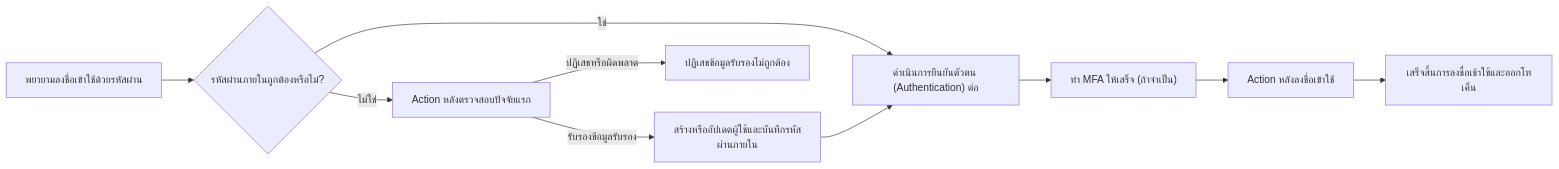
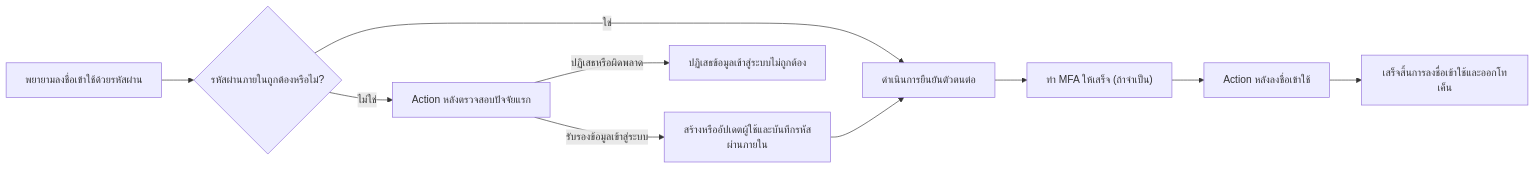
Before and after one commit to logto-io/docs: the diagram in i18n/th/docusaurus-plugin-content-docs/current/developers/actions/README.mdx, drawn with Mermaid. The commit also changed other lines of this file and 26 other files, not shown here.

````diff
--- a/i18n/th/docusaurus-plugin-content-docs/current/developers/actions/README.mdx
+++ b/i18n/th/docusaurus-plugin-content-docs/current/developers/actions/README.mdx
@@ -29,12 +29,12 @@
 ```mermaid
 flowchart LR
   A["พยายามลงชื่อเข้าใช้ด้วยรหัสผ่าน"] --> B{"รหัสผ่านภายในถูกต้องหรือไม่?"}
-  B -->|"ใช่"| E["ดำเนินการยืนยันตัวตน (Authentication) ต่อ"]
+  B -->|"ใช่"| E["ดำเนินการยืนยันตัวตนต่อ"]
   B -->|"ไม่ใช่"| C["Action หลังตรวจสอบปัจจัยแรก"]
-  C -->|"รับรองข้อมูลรับรอง"| D["สร้างหรืออัปเดตผู้ใช้และบันทึกรหัสผ่านภายใน"]
-  C -->|"ปฏิเสธหรือผิดพลาด"| X["ปฏิเสธข้อมูลรับรองไม่ถูกต้อง"]
+  C -->|"รับรองข้อมูลเข้าสู่ระบบ"| D["สร้างหรืออัปเดตผู้ใช้และบันทึกรหัสผ่านภายใน"]
+  C -->|"ปฏิเสธหรือผิดพลาด"| X["ปฏิเสธข้อมูลเข้าสู่ระบบไม่ถูกต้อง"]
   D --> E
   E --> F["ทำ MFA ให้เสร็จ (ถ้าจำเป็น)"]
   F --> G["Action หลังลงชื่อเข้าใช้"]
   G --> H["เสร็จสิ้นการลงชื่อเข้าใช้และออกโทเค็น"]
 ```
````
